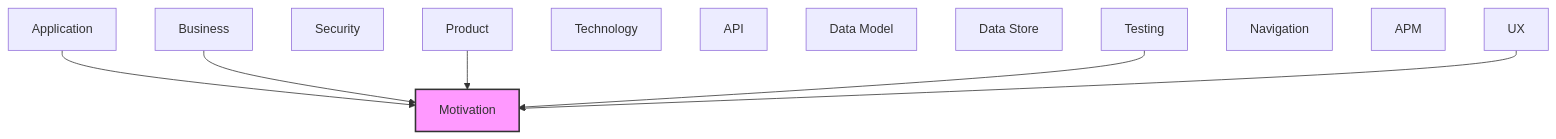
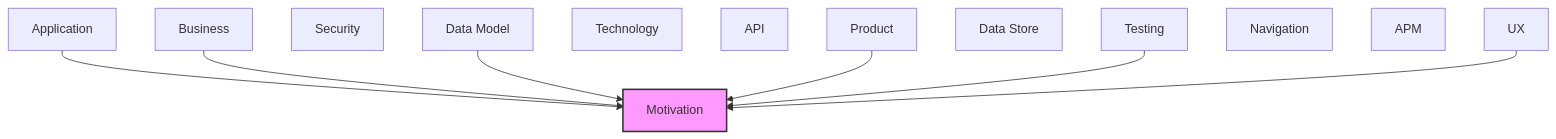
One commit to tinkermonkey/heimdall changed the diagram in documentation-robotics/reports/01-motivation-layer-report.md. Above: the diagram before and after it, drawn with Mermaid. The commit also changed other lines of this file and 70 other files, not shown here.

````diff
--- a/documentation-robotics/reports/01-motivation-layer-report.md
+++ b/documentation-robotics/reports/01-motivation-layer-report.md
@@ -76,23 +80,24 @@
 ```mermaid
 flowchart TB
   classDef current fill:#f9f,stroke:#333,stroke-width:2px
   motivation["Motivation"]
   business["Business"]
   product["Product"]
   security["Security"]
   application["Application"]
   technology["Technology"]
   api["API"]
   data_model["Data Model"]
   data_store["Data Store"]
   ux["UX"]
   navigation["Navigation"]
   apm["APM"]
   testing["Testing"]
   application --> motivation
   business --> motivation
+  data_model --> motivation
   product --> motivation
   testing --> motivation
   ux --> motivation
   class motivation current
 ```
````
